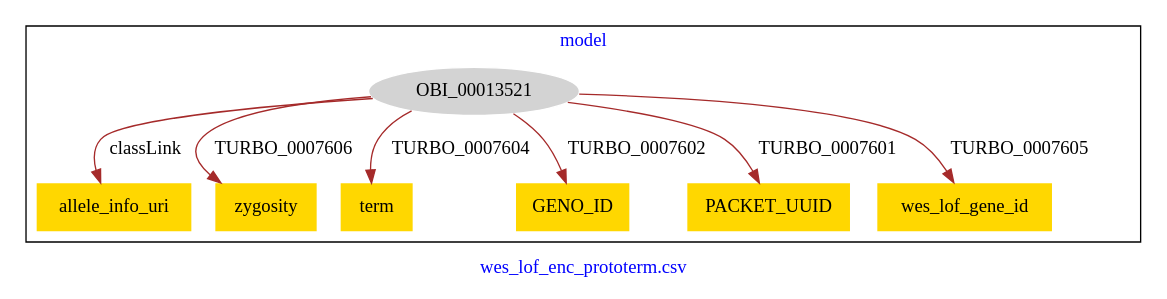
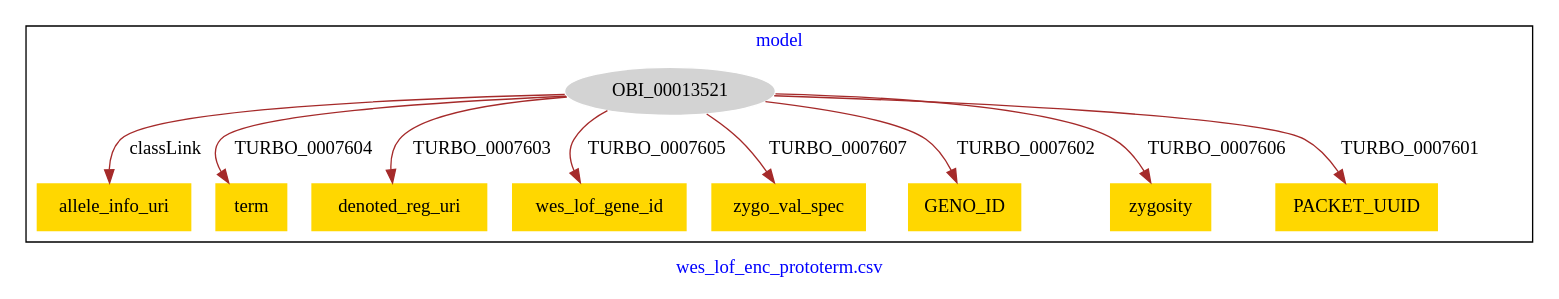
One commit to PennTURBO/turbo-ontology changed the diagram in karma_models/wes_lof_enc_prototerm_shortcuts-model.dot. Above: the diagram before and after it, drawn with Graphviz.

Commit message:
Update file wes_lof_enc_prototerm_shortcuts-model.dot

```diff
--- a/karma_models/wes_lof_enc_prototerm_shortcuts-model.dot
+++ b/karma_models/wes_lof_enc_prototerm_shortcuts-model.dot
@@ -1,21 +1,25 @@
 digraph n0 {
 fontcolor="blue"
 remincross="true"
 label="wes_lof_enc_prototerm.csv"
 subgraph cluster {
 label="model"
 n2[style="filled",color="white",fillcolor="lightgray",label="OBI_00013521"];
 n3[shape="plaintext",style="filled",fillcolor="gold",label="allele_info_uri"];
-n4[shape="plaintext",style="filled",fillcolor="gold",label="zygosity"];
-n5[shape="plaintext",style="filled",fillcolor="gold",label="term"];
-n6[shape="plaintext",style="filled",fillcolor="gold",label="GENO_ID"];
-n7[shape="plaintext",style="filled",fillcolor="gold",label="PACKET_UUID"];
-n8[shape="plaintext",style="filled",fillcolor="gold",label="wes_lof_gene_id"];
+n4[shape="plaintext",style="filled",fillcolor="gold",label="term"];
+n5[shape="plaintext",style="filled",fillcolor="gold",label="denoted_reg_uri"];
+n6[shape="plaintext",style="filled",fillcolor="gold",label="wes_lof_gene_id"];
+n7[shape="plaintext",style="filled",fillcolor="gold",label="zygo_val_spec"];
+n8[shape="plaintext",style="filled",fillcolor="gold",label="GENO_ID"];
+n9[shape="plaintext",style="filled",fillcolor="gold",label="zygosity"];
+n10[shape="plaintext",style="filled",fillcolor="gold",label="PACKET_UUID"];
 }
 n2 -> n3[color="brown",fontcolor="black",label="classLink"]
-n2 -> n4[color="brown",fontcolor="black",label="TURBO_0007606"]
-n2 -> n5[color="brown",fontcolor="black",label="TURBO_0007604"]
-n2 -> n6[color="brown",fontcolor="black",label="TURBO_0007602"]
-n2 -> n7[color="brown",fontcolor="black",label="TURBO_0007601"]
-n2 -> n8[color="brown",fontcolor="black",label="TURBO_0007605"]
+n2 -> n4[color="brown",fontcolor="black",label="TURBO_0007604"]
+n2 -> n5[color="brown",fontcolor="black",label="TURBO_0007603"]
+n2 -> n6[color="brown",fontcolor="black",label="TURBO_0007605"]
+n2 -> n7[color="brown",fontcolor="black",label="TURBO_0007607"]
+n2 -> n8[color="brown",fontcolor="black",label="TURBO_0007602"]
+n2 -> n9[color="brown",fontcolor="black",label="TURBO_0007606"]
+n2 -> n10[color="brown",fontcolor="black",label="TURBO_0007601"]
 }
```
